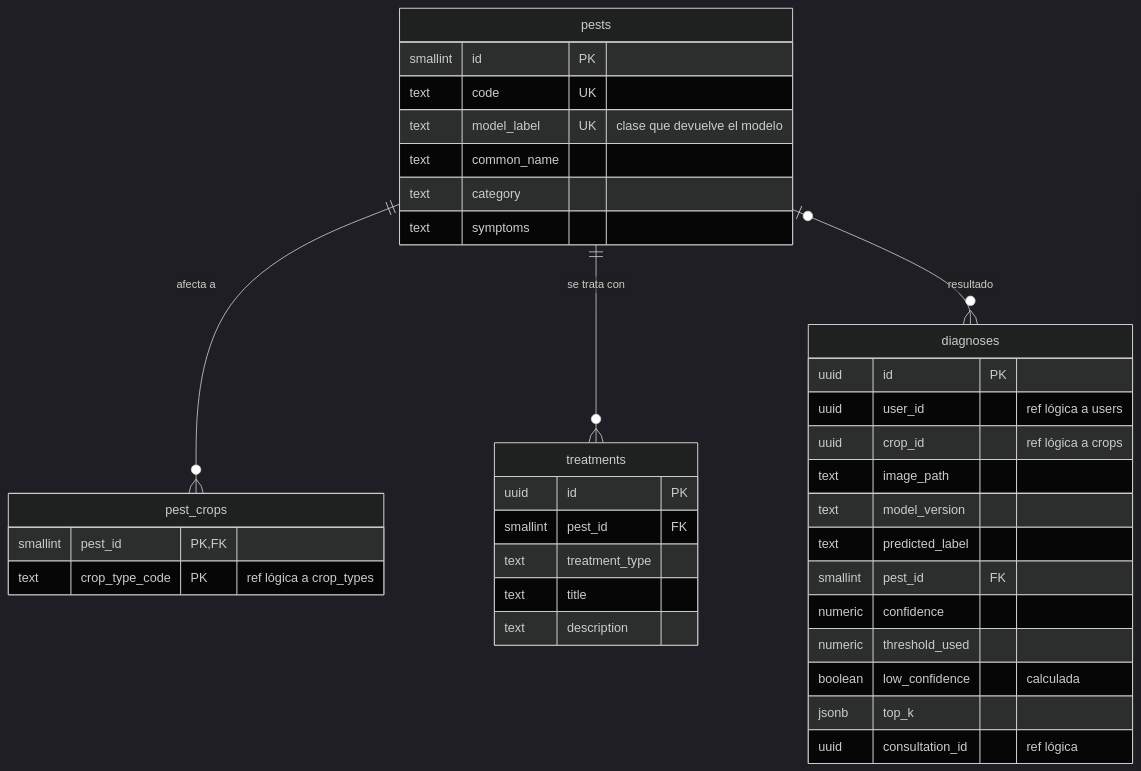
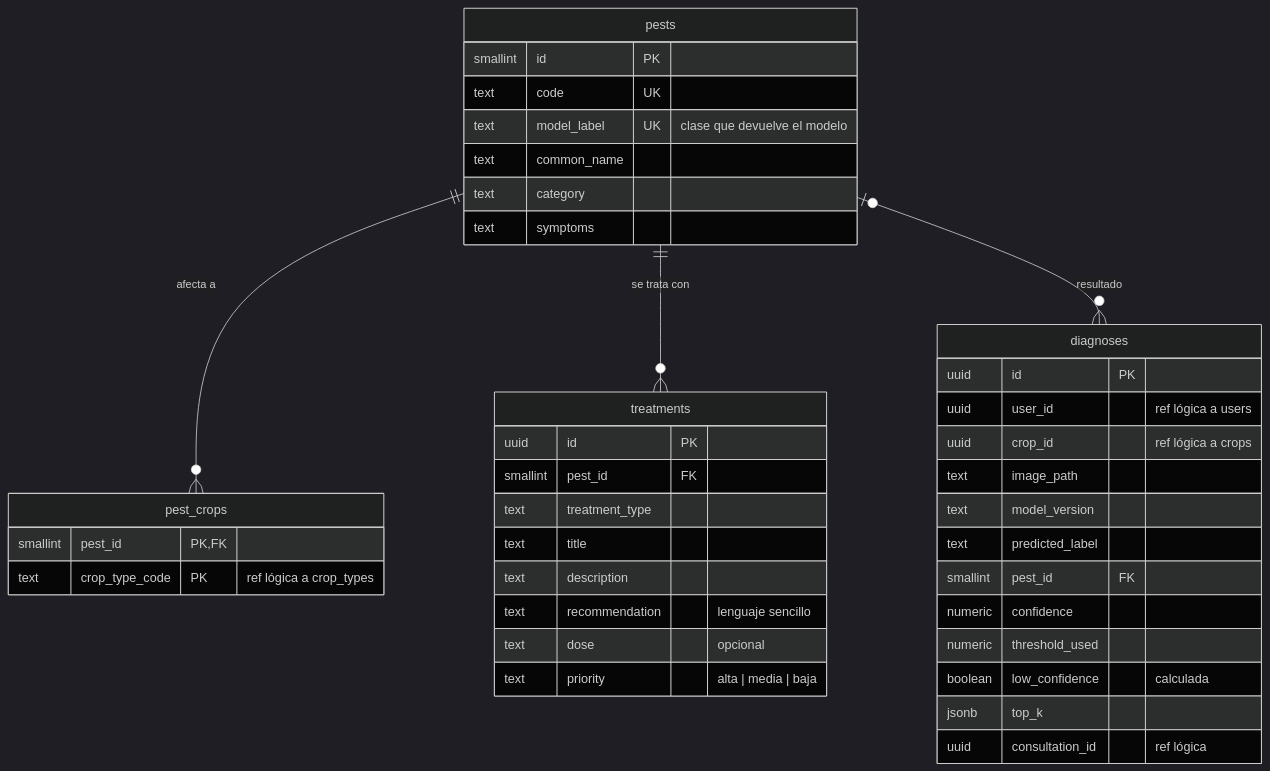
One commit to maferodri/AgroDoc changed the fifth of 7 diagrams in docs/base-de-datos.md. Above: the diagram before and after it, drawn with Mermaid (dark theme). The commit also changed 16 other files, not shown here.

````diff
--- a/docs/base-de-datos.md
+++ b/docs/base-de-datos.md
@@ -192,40 +192,43 @@
 ```mermaid
 erDiagram
     pests ||--o{ pest_crops : "afecta a"
     pests ||--o{ treatments : "se trata con"
     pests |o--o{ diagnoses : "resultado"
 
     pests {
         smallint id PK
         text code UK
         text model_label UK "clase que devuelve el modelo"
         text common_name
         text category
         text symptoms
     }
     pest_crops {
         smallint pest_id PK, FK
         text crop_type_code PK "ref lógica a crop_types"
     }
     treatments {
         uuid id PK
         smallint pest_id FK
         text treatment_type
         text title
         text description
+        text recommendation "lenguaje sencillo"
+        text dose "opcional"
+        text priority "alta | media | baja"
     }
     diagnoses {
         uuid id PK
         uuid user_id "ref lógica a users"
         uuid crop_id "ref lógica a crops"
         text image_path
         text model_version
         text predicted_label
         smallint pest_id FK
         numeric confidence
         numeric threshold_used
         boolean low_confidence "calculada"
         jsonb top_k
         uuid consultation_id "ref lógica"
     }
 ```
````
